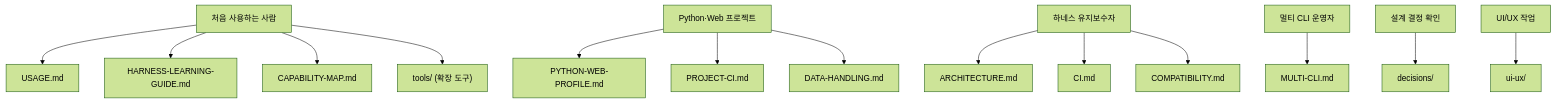
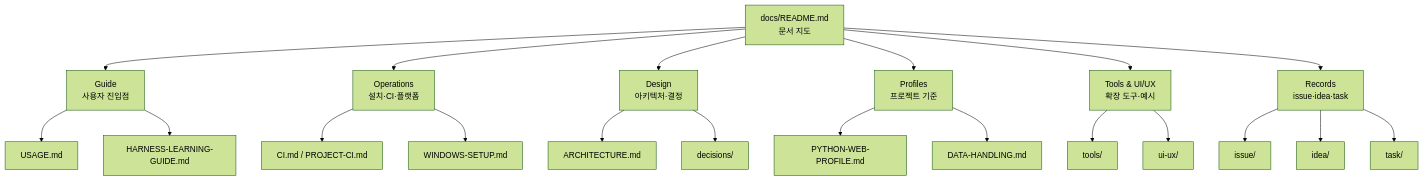
Before and after one commit to jomarusoup/Arachne: the diagram in docs/README.md, drawn with Mermaid (forest theme). The commit also changed other lines of this file and 4 other files, not shown here.

````diff
--- a/docs/README.md
+++ b/docs/README.md
@@ -22,16 +37,23 @@
 ```mermaid
 flowchart TD
-    R["처음 사용하는 사람"] --> U["USAGE.md"]
-    R --> L["HARNESS-LEARNING-GUIDE.md"]
-    R --> CM["CAPABILITY-MAP.md"]
-    R --> T["tools/ (확장 도구)"]
-    P["Python·Web 프로젝트"] --> PW["PYTHON-WEB-PROFILE.md"]
-    P --> PC["PROJECT-CI.md"]
-    P --> DH["DATA-HANDLING.md"]
-    M["하네스 유지보수자"] --> A["ARCHITECTURE.md"]
-    M --> CI["CI.md"]
-    M --> C["COMPATIBILITY.md"]
-    S["멀티 CLI 운영자"] --> MC["MULTI-CLI.md"]
-    D["설계 결정 확인"] --> ADR["decisions/"]
-    UX["UI/UX 작업"] --> UXD["ui-ux/"]
+    IDX["docs/README.md<br/>문서 지도"] --> GUIDE["Guide<br/>사용자 진입점"]
+    IDX --> OPS["Operations<br/>설치·CI·플랫폼"]
+    IDX --> DESIGN["Design<br/>아키텍처·결정"]
+    IDX --> PROFILE["Profiles<br/>프로젝트 기준"]
+    IDX --> EXTRAS["Tools & UI/UX<br/>확장 도구·예시"]
+    IDX --> RECORD["Records<br/>issue·idea·task"]
+
+    GUIDE --> U["USAGE.md"]
+    GUIDE --> L["HARNESS-LEARNING-GUIDE.md"]
+    OPS --> C["CI.md / PROJECT-CI.md"]
+    OPS --> W["WINDOWS-SETUP.md"]
+    DESIGN --> A["ARCHITECTURE.md"]
+    DESIGN --> ADR["decisions/"]
+    PROFILE --> P["PYTHON-WEB-PROFILE.md"]
+    PROFILE --> D["DATA-HANDLING.md"]
+    EXTRAS --> T["tools/"]
+    EXTRAS --> UX["ui-ux/"]
+    RECORD --> I["issue/"]
+    RECORD --> IDEA["idea/"]
+    RECORD --> TASK["task/"]
 ```
````
